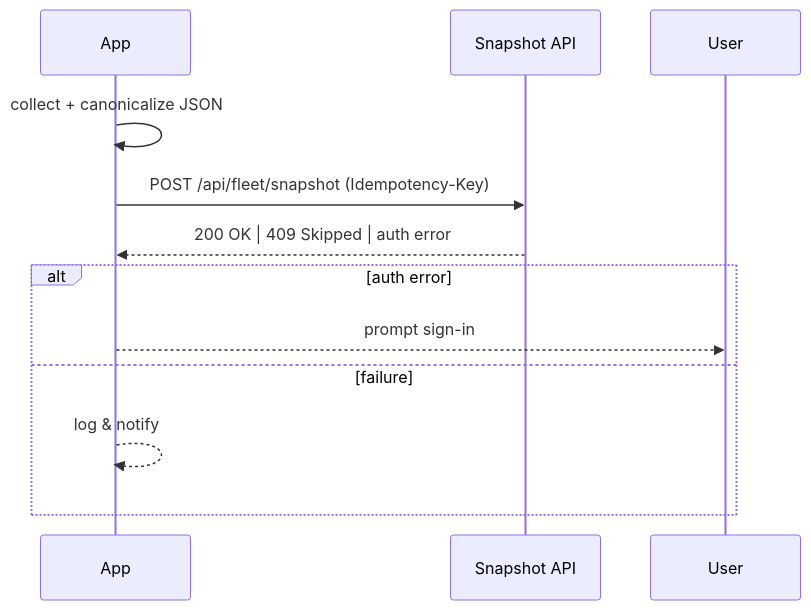
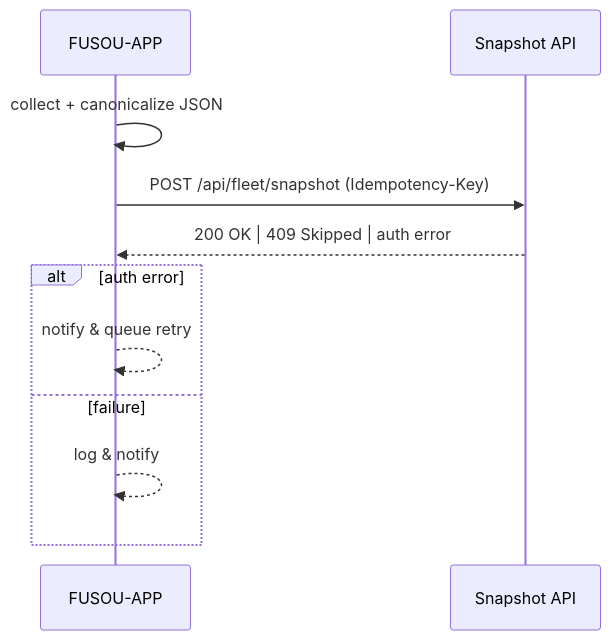
The third of 6 diagrams in docs/contents/guide/api_overview.md (tsukasa-u/FUSOU), drawn with Mermaid before and after one commit. The commit also changed other lines of this file, not shown here.

````diff
--- a/docs/contents/guide/api_overview.md
+++ b/docs/contents/guide/api_overview.md
@@ -160,13 +109,13 @@
 ```mermaid
 sequenceDiagram
-    participant App
+    participant App as FUSOU-APP
     participant Snap as Snapshot API
     App->>App: collect + canonicalize JSON
     App->>Snap: POST /api/fleet/snapshot (Idempotency-Key)
     Snap-->>App: 200 OK | 409 Skipped | auth error
     alt auth error
-        App-->>User: prompt sign-in
+        App-->>App: notify & queue retry
     else failure
         App-->>App: log & notify
     end
 ```
````
